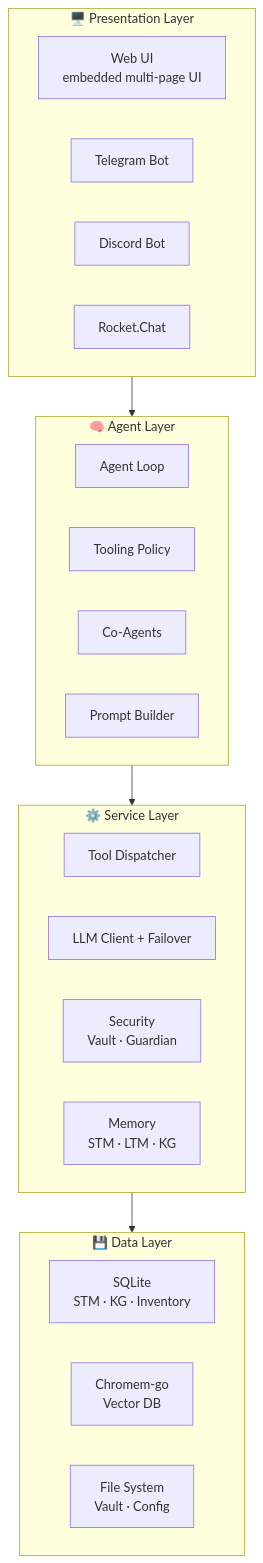
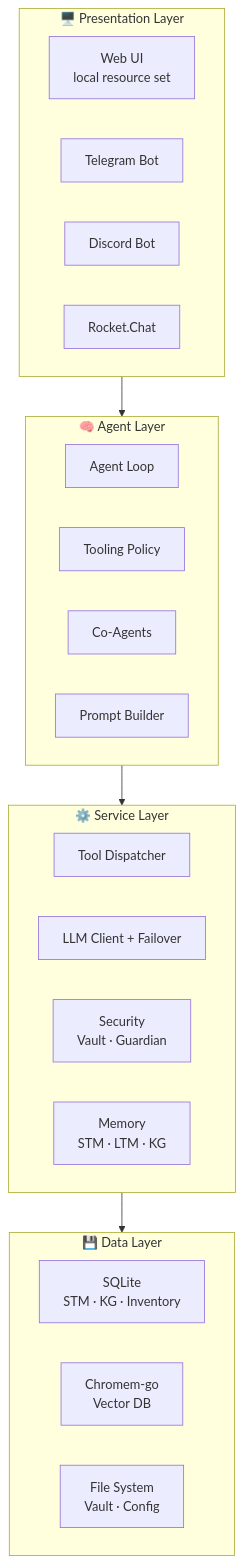
Before and after one commit to antibyte/AuraGo: the first of 10 diagrams in documentation/manual/en/23-internals.md, drawn with Mermaid. The commit also changed other lines of this file and 58 other files, not shown here.

````diff
--- a/documentation/manual/en/23-internals.md
+++ b/documentation/manual/en/23-internals.md
@@ -41,33 +45,33 @@
 ```mermaid
 flowchart TB
     subgraph Presentation["🖥️ Presentation Layer"]
-        WEB["Web UI<br/>embedded multi-page UI"]
+        WEB["Web UI<br/>local resource set"]
         TG["Telegram Bot"]
         DC["Discord Bot"]
         RC["Rocket.Chat"]
     end
 
     subgraph Agent["🧠 Agent Layer"]
         AL["Agent Loop"]
         TP["Tooling Policy"]
         CA["Co-Agents"]
         PP["Prompt Builder"]
     end
 
     subgraph Service["⚙️ Service Layer"]
         TD["Tool Dispatcher"]
         LLM["LLM Client + Failover"]
         SEC["Security<br/>Vault · Guardian"]
         MEM["Memory<br/>STM · LTM · KG"]
     end
 
     subgraph Data["💾 Data Layer"]
         SQLite["SQLite<br/>STM · KG · Inventory"]
         Chromem["Chromem-go<br/>Vector DB"]
         FS["File System<br/>Vault · Config"]
     end
 
     Presentation --> Agent
     Agent --> Service
     Service --> Data
 ```
````
